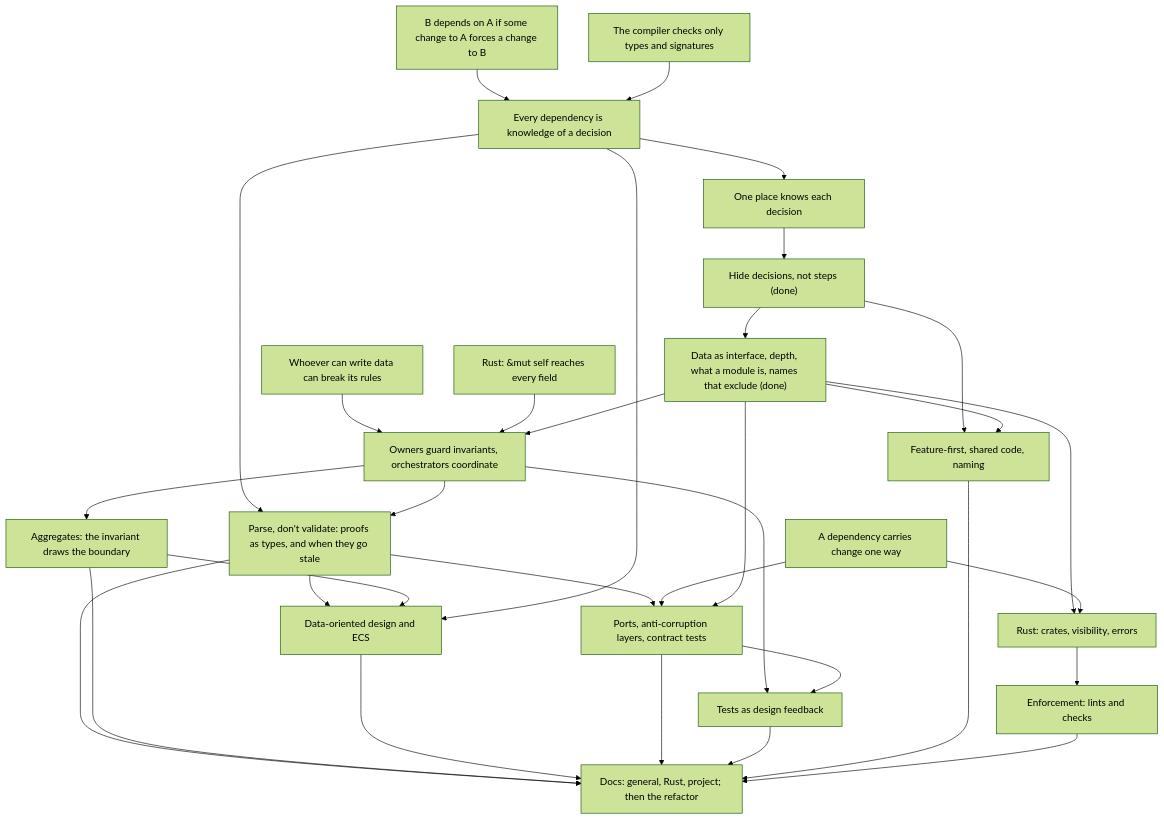
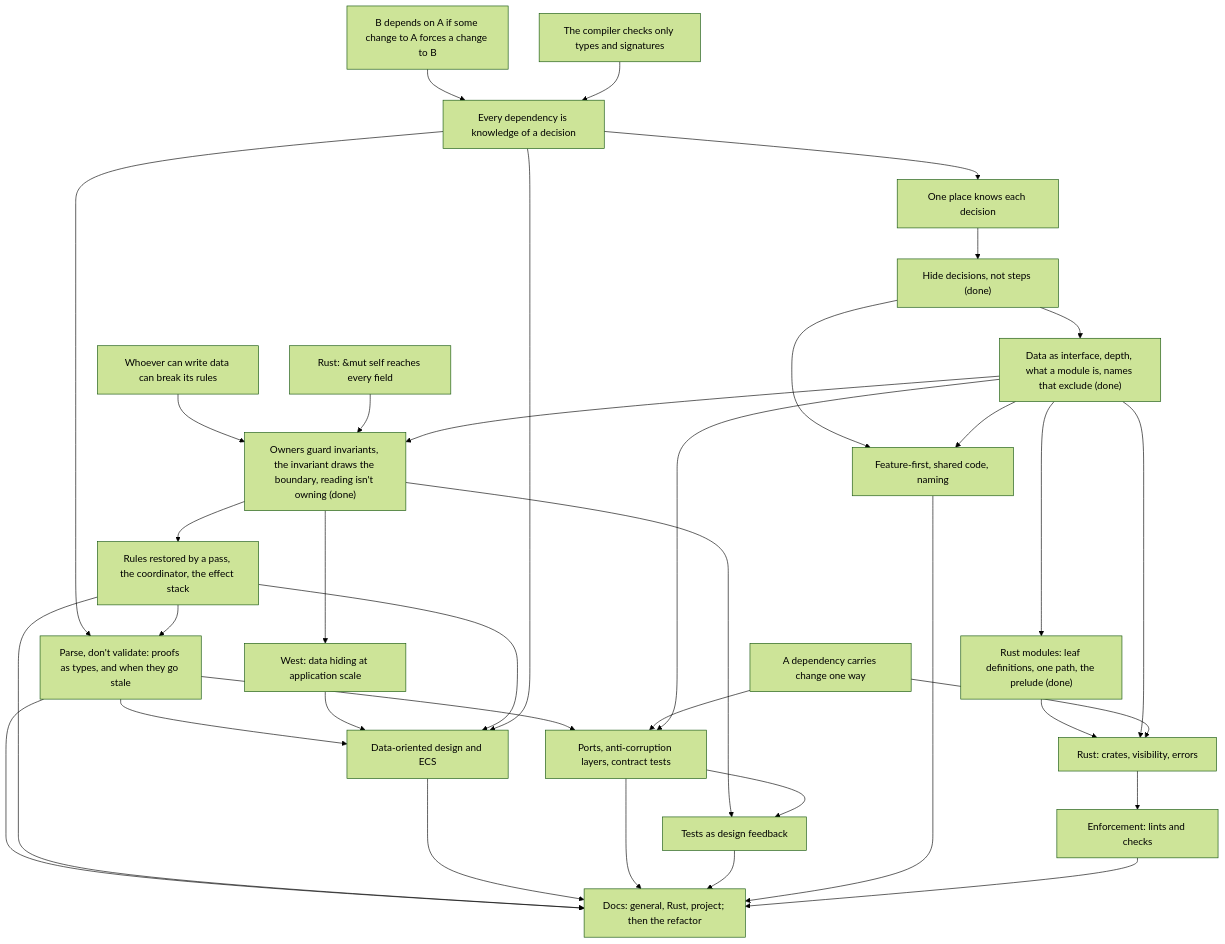
Before and after one commit to EMachad0/CardGameEngine: the diagram in docs/course/architecture/COURSE.md, drawn with Mermaid (forest theme). The commit also changed other lines of this file and 14 other files, not shown here.

First line of the commit message:
Close architecture session 01e; delete the finished one-place-per-decision effort (#30)

````diff
--- a/docs/course/architecture/COURSE.md
+++ b/docs/course/architecture/COURSE.md
@@ -389,55 +465,61 @@
 ```mermaid
 graph TD
   U1["B depends on A if some change to A forces a change to B"]
   U2["The compiler checks only types and signatures"]
   R1["Every dependency is knowledge of a decision"]
   OP["One place knows each decision"]
   R2["Whoever can write data can break its rules"]
   R3["A dependency carries change one way"]
   R4["Rust: &mut self reaches every field"]
 
   H["Hide decisions, not steps (done)"]
   D["Data as interface, depth, what a module is, names that exclude (done)"]
-  O["Owners guard invariants, orchestrators coordinate"]
-  A["Aggregates: the invariant draws the boundary"]
+  O["Owners guard invariants, the invariant draws the boundary, reading isn't owning (done)"]
+  W["West: data hiding at application scale"]
+  C["Rules restored by a pass, the coordinator, the effect stack"]
   PDV["Parse, don't validate: proofs as types, and when they go stale"]
   DOD["Data-oriented design and ECS"]
   P["Ports, anti-corruption layers, contract tests"]
   T["Tests as design feedback"]
   F["Feature-first, shared code, naming"]
+  RM["Rust modules: leaf definitions, one path, the prelude (done)"]
   RS["Rust: crates, visibility, errors"]
   E["Enforcement: lints and checks"]
   DOCS["Docs: general, Rust, project; then the refactor"]
 
   U1-->R1
   U2-->R1
   R1-->OP
   OP-->H
   H-->D
   R2-->O
   R4-->O
   D-->O
-  O-->A
+  O-->W
+  O-->C
   R1-->PDV
-  O-->PDV
+  C-->PDV
   PDV-->DOD
   PDV-->P
   PDV-->DOCS
-  A-->DOD
+  W-->DOD
+  C-->DOD
   R1-->DOD
   R3-->P
   D-->P
   O-->T
   P-->T
   H-->F
   D-->F
+  D-->RM
+  RM-->RS
   D-->RS
   R3-->RS
   RS-->E
-  A-->DOCS
+  C-->DOCS
   DOD-->DOCS
   P-->DOCS
   T-->DOCS
   F-->DOCS
   E-->DOCS
 ```
````
